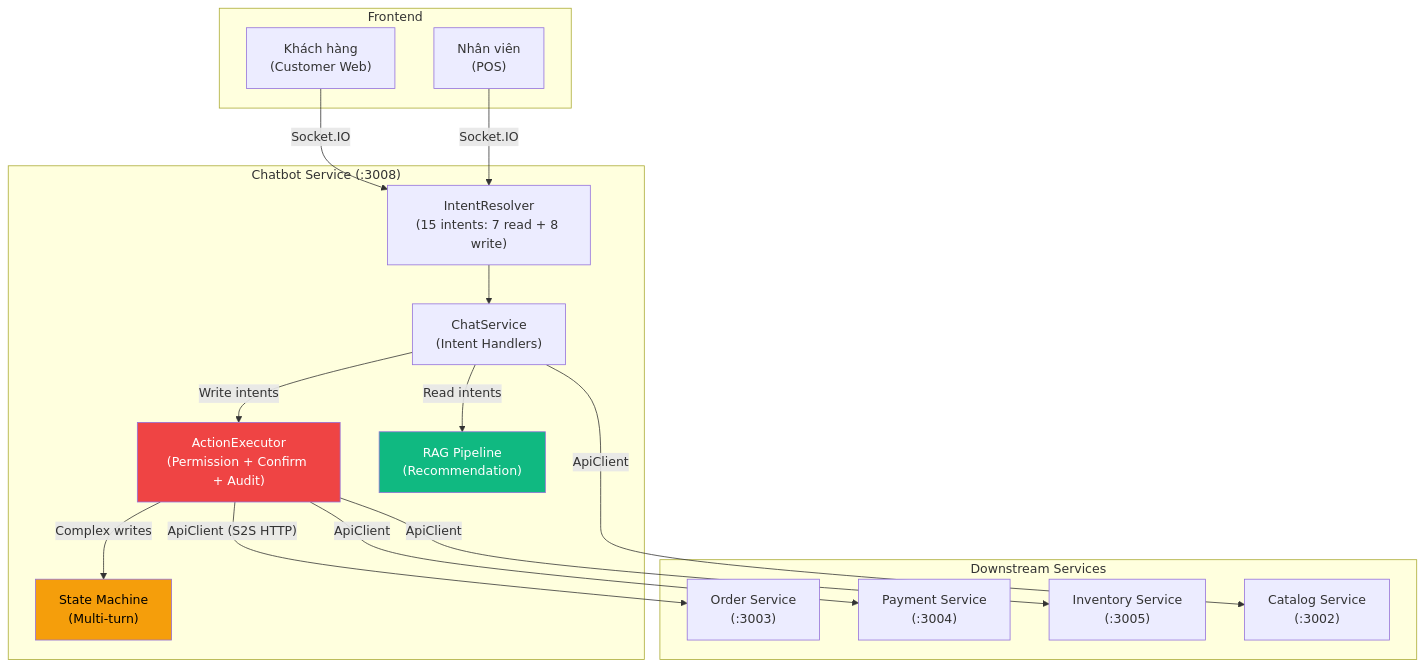
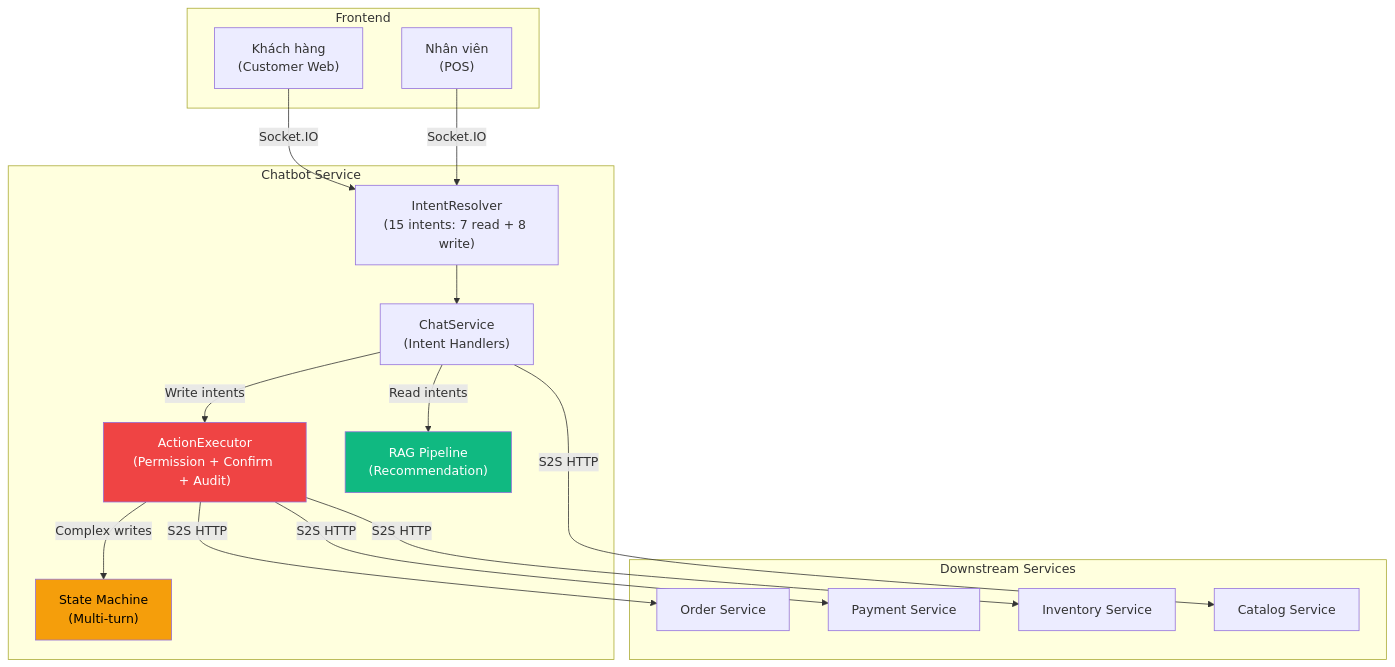
Before and after one commit to PhatNguyenTT2/Mini-Mart: the first of 2 diagrams in report/REPORT_ASSISTANT.md, drawn with Mermaid. The commit also changed other lines of this file and 2 other files, not shown here.

````diff
--- a/report/REPORT_ASSISTANT.md
+++ b/report/REPORT_ASSISTANT.md
@@ -43,37 +43,37 @@
 ```mermaid
 flowchart TD
     subgraph "Frontend"
         KH["Khách hàng\n(Customer Web)"]
         NV["Nhân viên\n(POS)"]
     end
 
-    subgraph "Chatbot Service (:3008)"
+    subgraph "Chatbot Service"
         IR["IntentResolver\n(15 intents: 7 read + 8 write)"]
         CS["ChatService\n(Intent Handlers)"]
         AE["ActionExecutor\n(Permission + Confirm + Audit)"]
         SM["State Machine\n(Multi-turn)"]
         RAG["RAG Pipeline\n(Recommendation)"]
     end
 
     subgraph "Downstream Services"
-        ORD["Order Service\n(:3003)"]
-        PAY["Payment Service\n(:3004)"]
-        INV["Inventory Service\n(:3005)"]
-        CAT["Catalog Service\n(:3002)"]
+        ORD["Order Service"]
+        PAY["Payment Service"]
+        INV["Inventory Service"]
+        CAT["Catalog Service"]
     end
 
     KH -->|"Socket.IO"| IR
     NV -->|"Socket.IO"| IR
     IR --> CS
     CS -->|"Read intents"| RAG
     CS -->|"Write intents"| AE
     AE -->|"Complex writes"| SM
-    AE -->|"ApiClient (S2S HTTP)"| ORD
-    AE -->|"ApiClient"| PAY
-    AE -->|"ApiClient"| INV
-    CS -->|"ApiClient"| CAT
+    AE -->|"S2S HTTP"| ORD
+    AE -->|"S2S HTTP"| PAY
+    AE -->|"S2S HTTP"| INV
+    CS -->|"S2S HTTP"| CAT
 
     style AE fill:#ef4444,color:#fff
     style SM fill:#f59e0b,color:#000
     style RAG fill:#10b981,color:#fff
 ```
````
